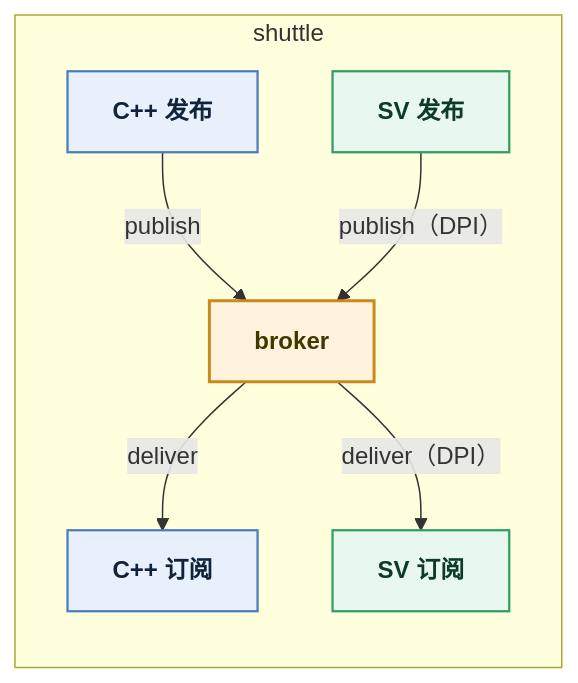
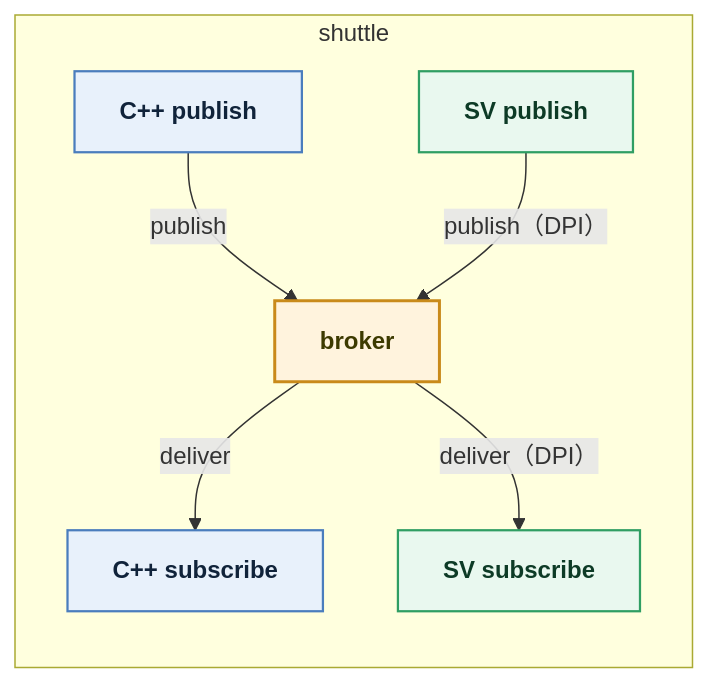
The diagram in README_zh.md (kpskp77/shuttle), drawn with Mermaid before and after one commit. The commit also changed other lines of this file and 32 other files, not shown here.

````diff
--- a/README_zh.md
+++ b/README_zh.md
@@ -9,23 +9,23 @@
 ```mermaid
 flowchart TB
     subgraph SIM["shuttle"]
         direction TB
-        CP["<b>C++ 发布</b>"]
-        SP["<b>SV 发布</b>"]
+        CP["<b>C++ publish</b>"]
+        SP["<b>SV publish</b>"]
         B["<b>broker</b>"]
-        CS["<b>C++ 订阅</b>"]
-        SS["<b>SV 订阅</b>"]
+        CS["<b>C++ subscribe</b>"]
+        SS["<b>SV subscribe</b>"]
     end
 
     CP -->|"publish"| B
     SP -->|"publish（DPI）"| B
     B -->|"deliver"| CS
     B -->|"deliver（DPI）"| SS
 
     classDef cpp fill:#e8f1fb,stroke:#4a7dbd,stroke-width:1.5px,color:#10233a
     classDef sv fill:#e9f8ef,stroke:#2f9e63,stroke-width:1.5px,color:#0d3b26
     classDef core fill:#fff3dd,stroke:#c98a1a,stroke-width:2px,color:#3d3a00
     class CP,CS cpp
     class SP,SS sv
     class B core
 ```
````
